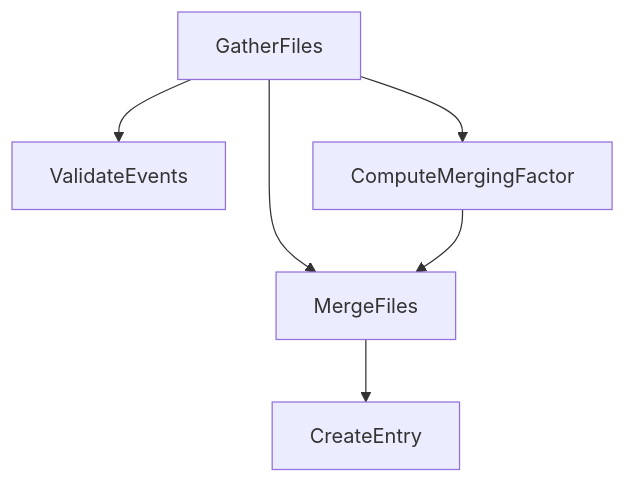
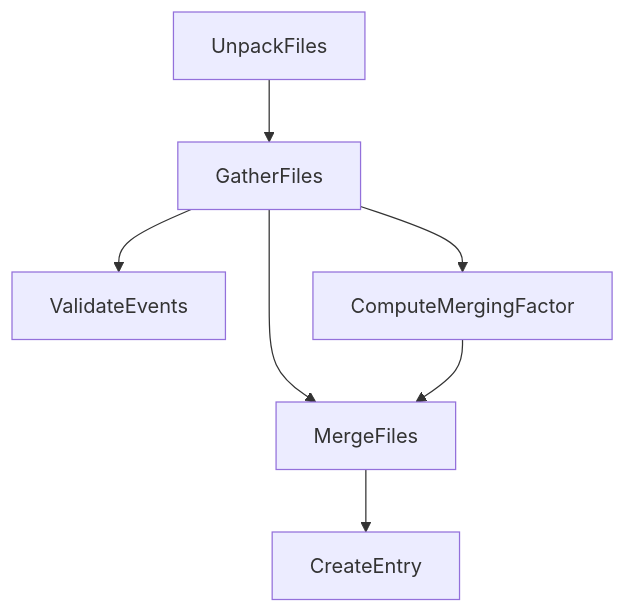
The diagram in README.md (uhh-cms/nano_merger), drawn with Mermaid before and after one commit. The commit also changed 3 other files, not shown here.

````diff
--- a/README.md
+++ b/README.md
@@ -5,8 +5,9 @@
 ```mermaid
 flowchart TD
+    UnpackFiles --> GatherFiles
     GatherFiles --> ValidateEvents
     GatherFiles --> ComputeMergingFactor
     GatherFiles --> MergeFiles
     ComputeMergingFactor --> MergeFiles
     MergeFiles --> CreateEntry
 ```
````
